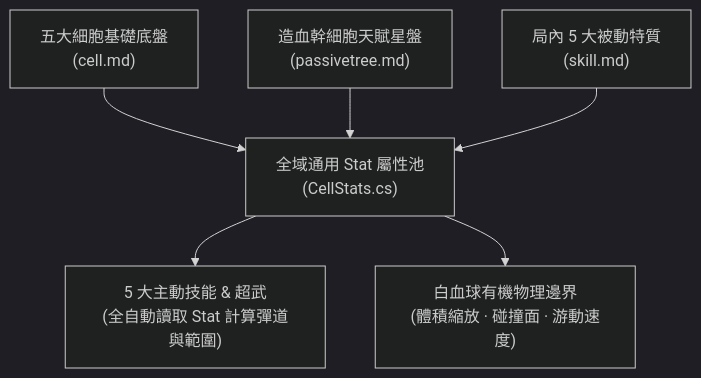
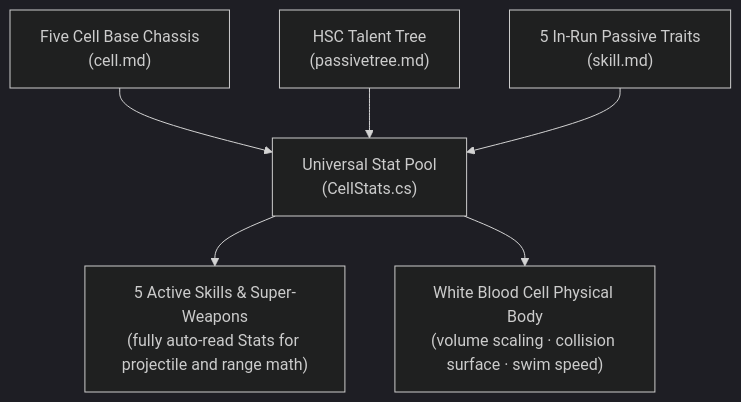
One commit to skyrocket-qy/Phagocyte changed the first of 2 diagrams in docs/stat.md. Above: the diagram before and after it, drawn with Mermaid (dark theme). The commit also changed other lines of this file and 17 other files, not shown here.

````diff
--- a/docs/stat.md
+++ b/docs/stat.md
@@ -35,8 +35,8 @@
 ```mermaid
 graph TD
-    CHASSIS["五大細胞基礎底盤<br>(cell.md)"] --> POOL["全域通用 Stat 屬性池<br>(CellStats.cs)"]
-    TREE["造血幹細胞天賦星盤<br>(passivetree.md)"] --> POOL
-    PASSIVES["局內 5 大被動特質<br>(skill.md)"] --> POOL
-    POOL --> ACTIVES["5 大主動技能 & 超武<br>(全自動讀取 Stat 計算彈道與範圍)"]
-    POOL --> BODY["白血球有機物理邊界<br>(體積縮放 · 碰撞面 · 游動速度)"]
+    CHASSIS["Five Cell Base Chassis<br>(cell.md)"] --> POOL["Universal Stat Pool<br>(CellStats.cs)"]
+    TREE["HSC Talent Tree<br>(passivetree.md)"] --> POOL
+    PASSIVES["5 In-Run Passive Traits<br>(skill.md)"] --> POOL
+    POOL --> ACTIVES["5 Active Skills & Super-Weapons<br>(fully auto-read Stats for projectile and range math)"]
+    POOL --> BODY["White Blood Cell Physical Body<br>(volume scaling · collision surface · swim speed)"]
 ```
````
